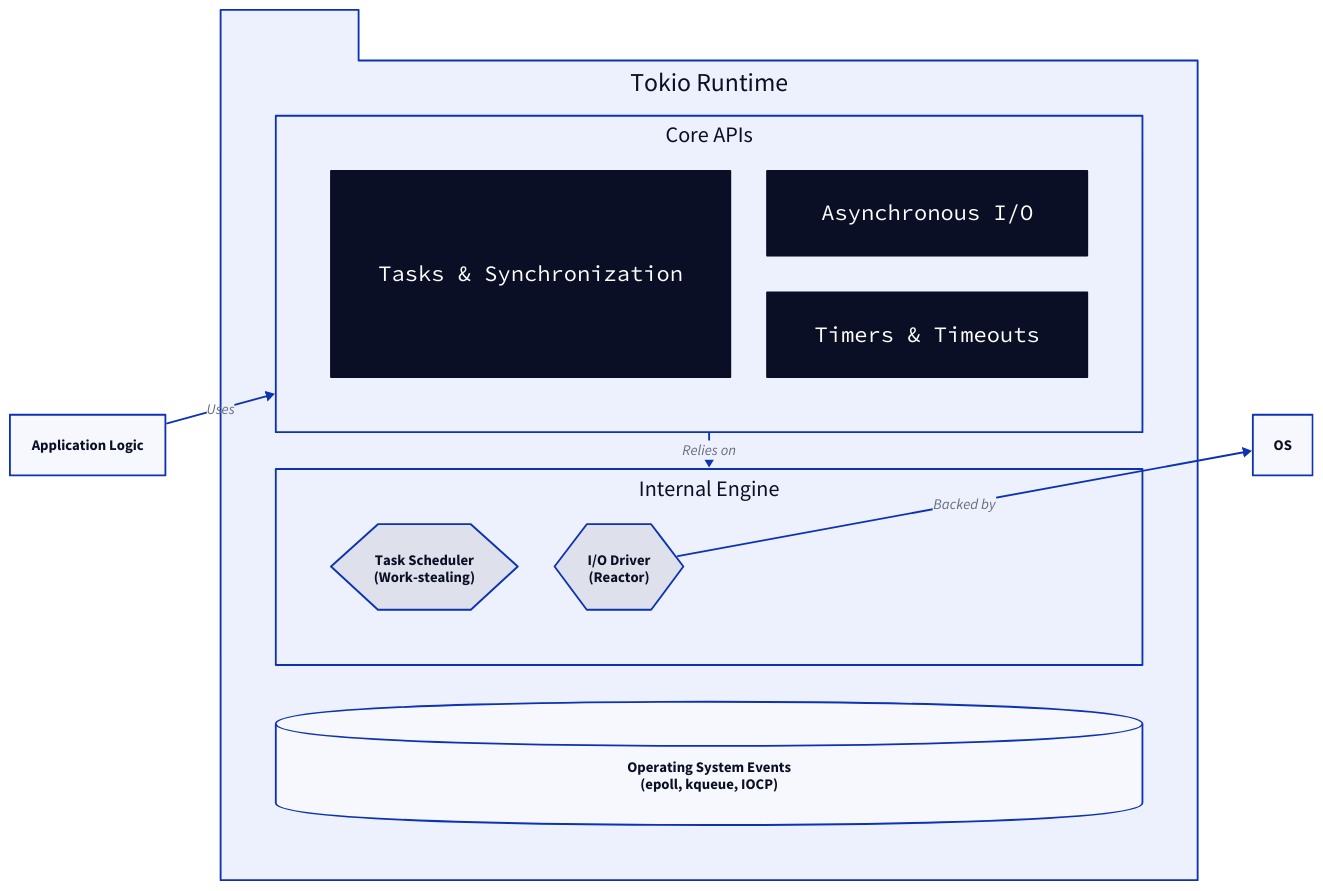
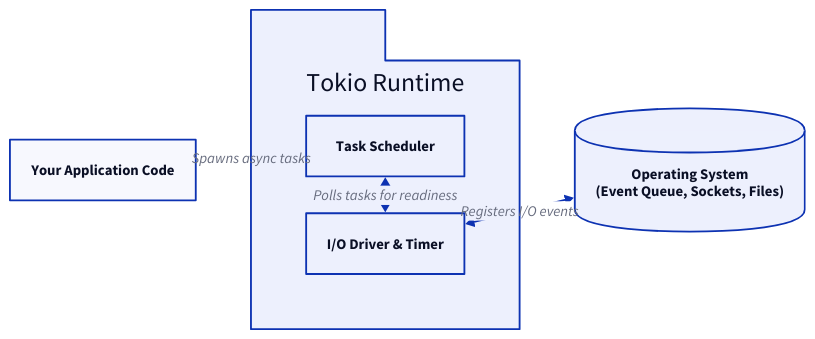
The diagram in .aigne/doc-smith/docs/overview.md (lban2049/tokio), drawn with D2 before and after one commit. The commit also changed other lines of this file and 40 other files, not shown here.

````diff
--- a/.aigne/doc-smith/docs/overview.md
+++ b/.aigne/doc-smith/docs/overview.md
@@ -21,55 +21,34 @@
 ```d2
 direction: down
 
-"Application Logic" {
+"User Application": {
   shape: rectangle
+  label: "Your Application Code"
 }
 
-"Tokio Runtime" {
+"Tokio Runtime": {
   shape: package
+  label: "Tokio Runtime"
   grid-columns: 1
 
-  "Core APIs" {
+  "Scheduler": {
+    label: "Task Scheduler"
     shape: rectangle
-    grid-columns: 2
-
-    "Task Management" {
-      label: "Tasks & Synchronization"
-      shape: class
-    }
-    "I/O Primitives" {
-      label: "Asynchronous I/O"
-      shape: class
-    }
-    "Time Utilities" {
-      label: "Timers & Timeouts"
-      shape: class
-    }
   }
 
-  "Internal Engine" {
+  "Driver": {
+    label: "I/O Driver & Timer"
     shape: rectangle
-    grid-columns: 2
-    
-    "Scheduler" {
-      label: "Task Scheduler\n(Work-stealing)"
-      shape: hexagon
-    }
-
-    "Driver" {
-      label: "I/O Driver\n(Reactor)"
-      shape: hexagon
-    }
-  }
-
-  "OS" {
-      label: "Operating System Events\n(epoll, kqueue, IOCP)"
-      shape: cylinder
   }
 }
 
-"Application Logic" -> "Tokio Runtime"."Core APIs": "Uses"
-"Tokio Runtime"."Core APIs" -> "Tokio Runtime"."Internal Engine": "Relies on"
-"Tokio Runtime"."Internal Engine".Driver -> "OS": "Backed by"
+"OS": {
+  shape: cylinder
+  label: "Operating System\n(Event Queue, Sockets, Files)"
+}
+
+"User Application" -> "Tokio Runtime"."Scheduler": "Spawns async tasks"
+"Tokio Runtime"."Scheduler" <-> "Tokio Runtime"."Driver": "Polls tasks for readiness"
+"Tokio Runtime"."Driver" <-> "OS": "Registers I/O events"
 
 ```
````
